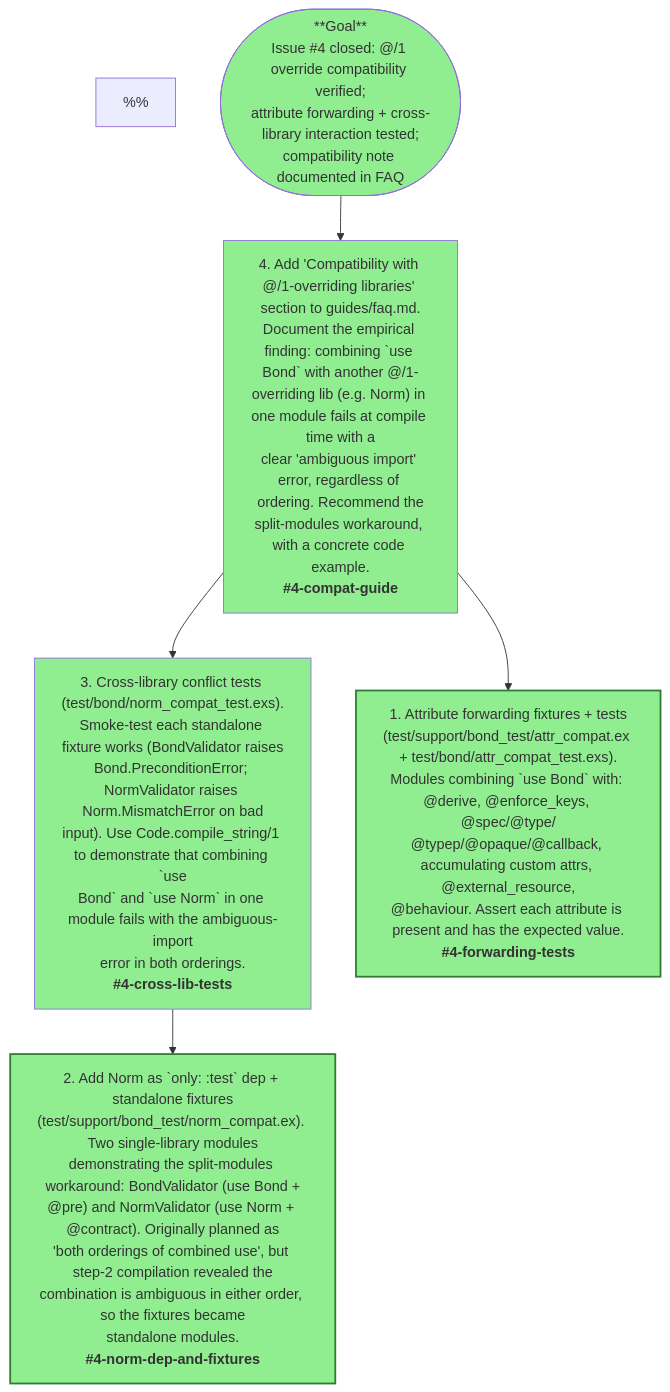
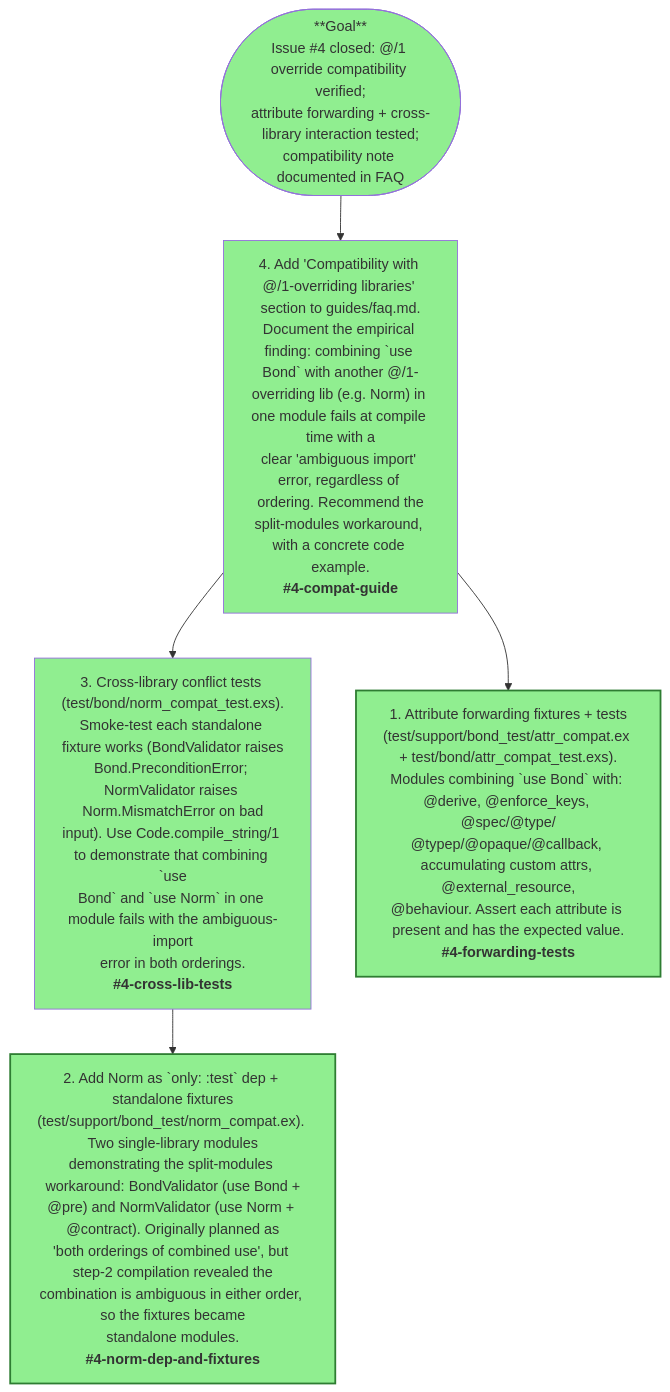
Before and after one commit to jvoegele/bond: the diagram in mikado/attr-compat.mmd, drawn with Mermaid. The commit also changed 10 other files, not shown here.

Commit message:
Fix "phantom" `%%` nodes in Mermaid Mikado graphs

```diff
--- a/mikado/attr-compat.mmd
+++ b/mikado/attr-compat.mmd
@@ -1,53 +1,53 @@
 flowchart TD
 %% Mikado graph for Issue #4 — Kernel.@/1 override compatibility
-%%
+
 %% Bond's `use Bond` does `import Kernel, except: [@: 1]` then `import Bond`,
 %% placing Bond's @pre/@post/@invariant/@doc clauses and a catch-all
 %% `defmacro @attr` (which forwards to `Kernel.@/1`) in scope.
-%%
+
 %% Two separate concerns under test:
 %%   A. Does the catch-all correctly forward standard Elixir attributes
 %%      (@derive, @enforce_keys, typespecs, accumulating attrs, etc.)?
 %%   B. What happens when another library also overrides @/1?
 %%      (Conflict: last `use` wins; Bond's catch-all routes to Kernel,
 %%       bypassing the other lib's interception. Order matters.)
-%%
+
 %% Arrows point from a goal to its prerequisites. Leaves (green) have no
 %% further prerequisites and are safe to start first. Depth-first per Mikado:
 %% pick a leaf, finish it, keep tests green, commit, repeat.
-%%
+
 %% Cross-library test uses Norm (`only: :test` dep) as the conflict counterpart.
 %% Norm's `Norm.Contract` uses the IDENTICAL technique to Bond — `import Kernel,
 %% except: [@: 1]`, a specific `@{:contract, _, expr}` clause, and a catch-all
 %% forwarding to `Kernel.@(unquote(other))`. Originally I considered a synthetic
 %% `FakeAttrLib`, but Norm is the real-world twin: testing against it validates
 %% the exact conflict shape that real users will hit and lets the FAQ name a
 %% concrete library. Norm has no extra runtime deps (only optional stream_data,
 %% which Bond already has).
-%%
+
 %% Empirical finding from Step 2: combining `use Bond` and `use Norm` in the same
 %% module fails to compile with `function @/1 imported from both Bond and
 %% Norm.Contract, call is ambiguous`, REGARDLESS of `use` ordering. Elixir does
 %% NOT do "last import wins" — both imports end up at the same scope level and
 %% Elixir flags the call site as ambiguous. The conflict is loud (clear compile
 %% error pointing at the first `@`-using line), not silent. Recommended workaround:
 %% split into separate modules, one per contract library.
 
     G(["**Goal**<br/>Issue #4 closed: @/1 override compatibility verified;<br/>attribute forwarding + cross-library interaction tested;<br/>compatibility note documented in FAQ"])
 
     G --> S4["4. Add 'Compatibility with @/1-overriding libraries' section to guides/faq.md.<br/>Document the empirical finding: combining `use Bond` with another @/1-<br/>overriding lib (e.g. Norm) in one module fails at compile time with a<br/>clear 'ambiguous import' error, regardless of ordering. Recommend the<br/>split-modules workaround, with a concrete code example.<br/><b>#4-compat-guide</b>"]
 
     S4 --> S3["3. Cross-library conflict tests (test/bond/norm_compat_test.exs).<br/>Smoke-test each standalone fixture works (BondValidator raises<br/>Bond.PreconditionError; NormValidator raises Norm.MismatchError on bad<br/>input). Use Code.compile_string/1 to demonstrate that combining `use<br/>Bond` and `use Norm` in one module fails with the ambiguous-import<br/>error in both orderings.<br/><b>#4-cross-lib-tests</b>"]
 
     S4 --> S1["1. Attribute forwarding fixtures + tests<br/>(test/support/bond_test/attr_compat.ex + test/bond/attr_compat_test.exs).<br/>Modules combining `use Bond` with: @derive, @enforce_keys, @spec/@type/<br/>@typep/@opaque/@callback, accumulating custom attrs, @external_resource,<br/>@behaviour. Assert each attribute is present and has the expected value.<br/><b>#4-forwarding-tests</b>"]
 
     S3 --> S2["2. Add Norm as `only: :test` dep + standalone fixtures<br/>(test/support/bond_test/norm_compat.ex). Two single-library modules<br/>demonstrating the split-modules workaround: BondValidator (use Bond +<br/>@pre) and NormValidator (use Norm + @contract). Originally planned as<br/>'both orderings of combined use', but step-2 compilation revealed the<br/>combination is ambiguous in either order, so the fixtures became<br/>standalone modules.<br/><b>#4-norm-dep-and-fixtures</b>"]
 
     classDef leaf fill:#e7f5e7,stroke:#2e7d32,stroke-width:2px;
     class S1,S2 leaf;
 
     style G fill:#90EE90
     style S1 fill:#90EE90
     style S2 fill:#90EE90
     style S3 fill:#90EE90
     style S4 fill:#90EE90
```
